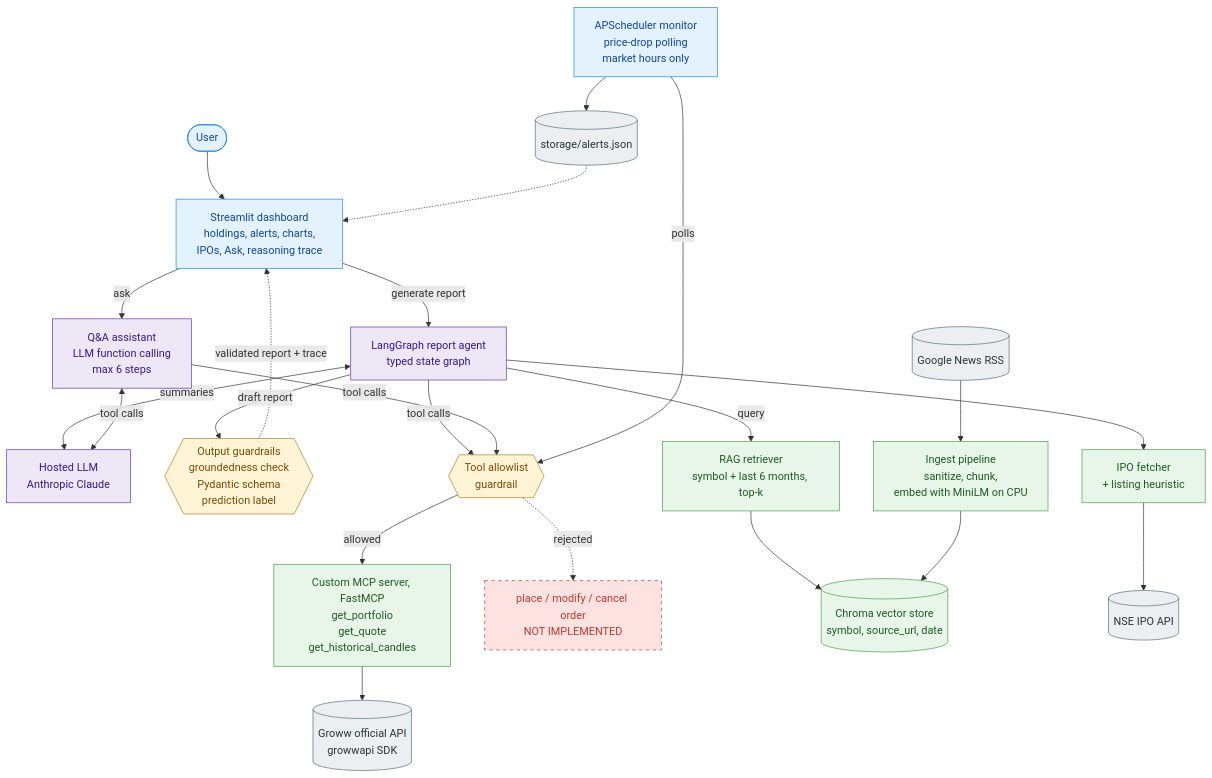
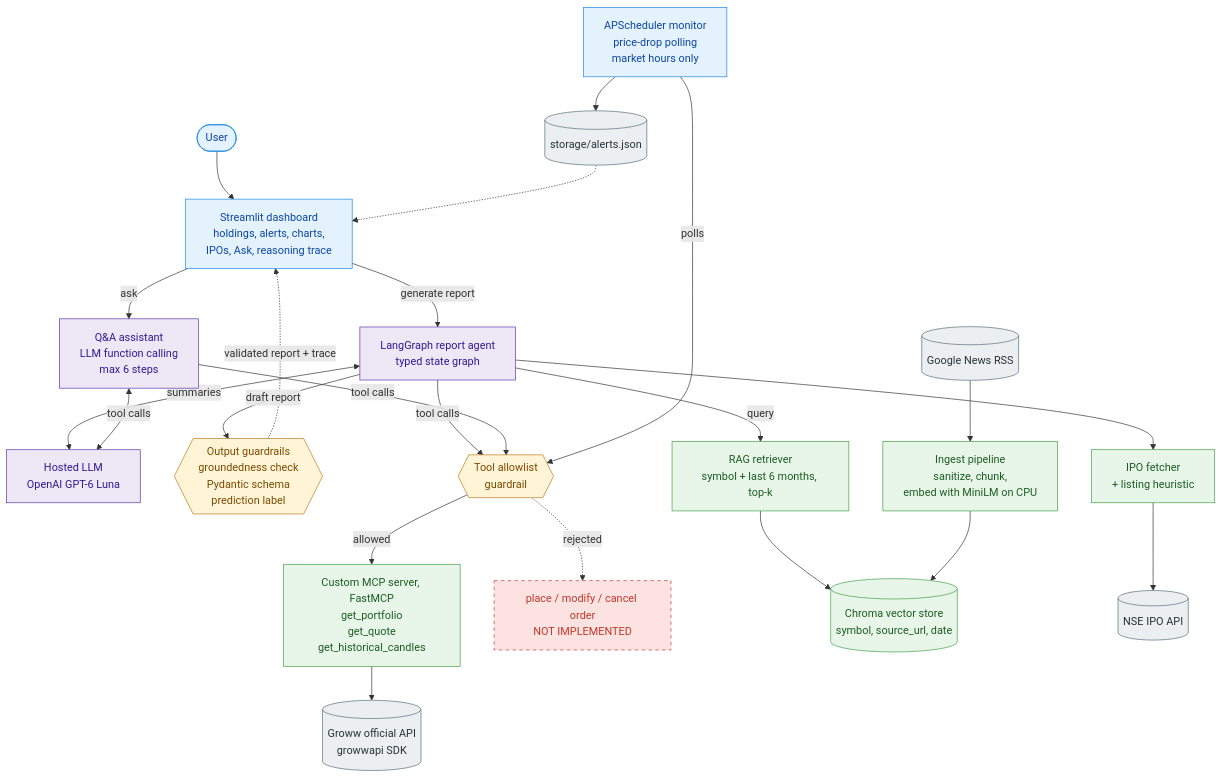
One commit to BeastHarsha/StockRecommendationSystem changed the first of 3 diagrams in README.md. Above: the diagram before and after it, drawn with Mermaid. The commit also changed other lines of this file and 14 other files, not shown here.

Commit message:
Use GPT-6 Luna and improve Groww report handling

````diff
--- a/README.md
+++ b/README.md
@@ -35,56 +35,56 @@
 ```mermaid
 flowchart TB
     User(["User"])
     UI["Streamlit dashboard<br/>holdings, alerts, charts,<br/>IPOs, Ask, reasoning trace"]
     SCH["APScheduler monitor<br/>price-drop polling<br/>market hours only"]
     AG["LangGraph report agent<br/>typed state graph"]
     QA["Q&A assistant<br/>LLM function calling<br/>max 6 steps"]
-    LLM["Hosted LLM<br/>Anthropic Claude"]
+    LLM["Hosted LLM<br/>OpenAI GPT-6 Luna"]
     OUT{{"Output guardrails<br/>groundedness check<br/>Pydantic schema<br/>prediction label"}}
     G1{{"Tool allowlist<br/>guardrail"}}
     MCP["Custom MCP server, FastMCP<br/>get_portfolio<br/>get_quote<br/>get_historical_candles"]
     BLOCKED["place / modify / cancel order<br/>NOT IMPLEMENTED"]
     RET["RAG retriever<br/>symbol + last 6 months, top-k"]
     VDB[("Chroma vector store<br/>symbol, source_url, date")]
     ING["Ingest pipeline<br/>sanitize, chunk,<br/>embed with MiniLM on CPU"]
     IPOF["IPO fetcher<br/>+ listing heuristic"]
     GROWW[("Groww official API<br/>growwapi SDK")]
     NEWS[("Google News RSS")]
     IPOS[("NSE IPO API")]
     ALERTS[("storage/alerts.json")]
 
     User --> UI
     UI -->|"generate report"| AG
     UI -->|"ask"| QA
     AG <-->|"summaries"| LLM
     QA <-->|"tool calls"| LLM
     AG -->|"tool calls"| G1
     QA -->|"tool calls"| G1
     SCH -->|"polls"| G1
     G1 -->|"allowed"| MCP
     G1 -.->|"rejected"| BLOCKED
     MCP --> GROWW
     AG -->|"query"| RET
     RET --> VDB
     NEWS --> ING
     ING --> VDB
     AG --> IPOF
     IPOF --> IPOS
     AG -->|"draft report"| OUT
     OUT -.->|"validated report + trace"| UI
     SCH --> ALERTS
     ALERTS -.-> UI
 
     classDef present fill:#e3f2fd,stroke:#1e88e5,color:#0d47a1
     classDef orch fill:#ede7f6,stroke:#5e35b1,color:#311b92
     classDef guard fill:#fff4d6,stroke:#b7791f,color:#7c4a03
     classDef tool fill:#e8f5e9,stroke:#43a047,color:#1b5e20
     classDef ext fill:#eceff1,stroke:#546e7a,color:#263238
     classDef blocked fill:#fde2e2,stroke:#c0392b,color:#c0392b,stroke-dasharray: 5 5
     class User,UI,SCH present
     class AG,QA,LLM orch
     class G1,OUT guard
     class MCP,RET,VDB,ING,IPOF tool
     class GROWW,NEWS,IPOS,ALERTS ext
     class BLOCKED blocked
 ```
````
